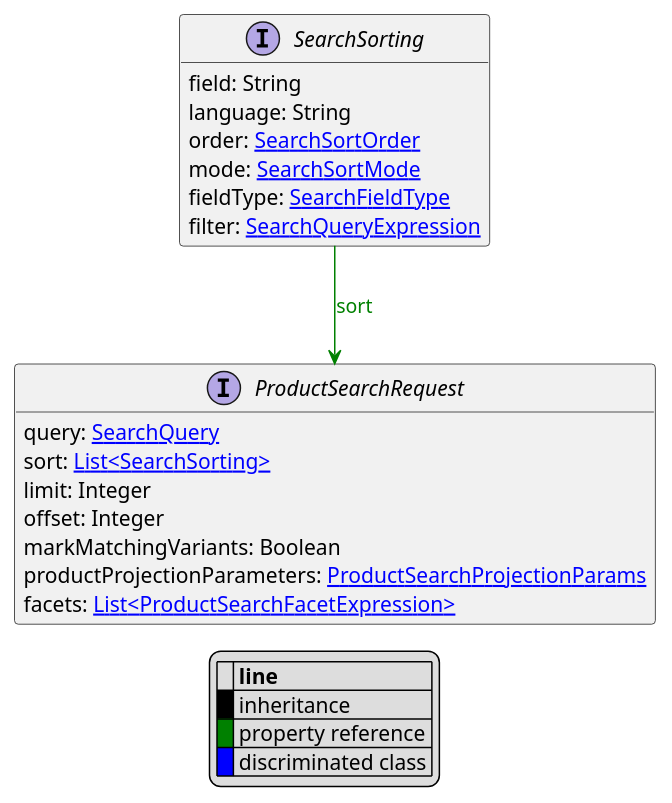
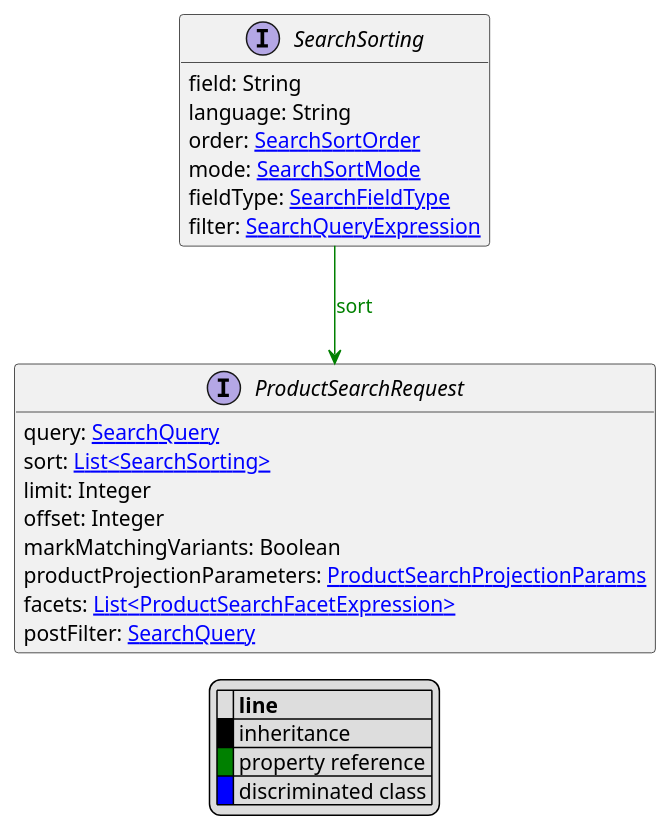
One commit to commercetools/commercetools-api-reference changed the diagram in uml/api/SearchSorting.puml. Above: the diagram before and after it, drawn with PlantUML. The commit also changed 10 other files, not shown here.

```diff
--- a/uml/api/SearchSorting.puml
+++ b/uml/api/SearchSorting.puml
@@ -1,33 +1,34 @@
 @startuml
 
 hide empty fields
 hide empty methods
 legend
 |= |= line |
 |<back:black>   </back>| inheritance |
 |<back:green>   </back>| property reference |
 |<back:blue>   </back>| discriminated class |
 endlegend
 interface SearchSorting [[SearchSorting.svg]]  {
     field: String
     language: String
     order: [[SearchSortOrder.svg SearchSortOrder]]
     mode: [[SearchSortMode.svg SearchSortMode]]
     fieldType: [[SearchFieldType.svg SearchFieldType]]
     filter: [[SearchQueryExpression.svg SearchQueryExpression]]
 }
 
 
 
 interface ProductSearchRequest [[ProductSearchRequest.svg]]  {
     query: [[SearchQuery.svg SearchQuery]]
     sort: [[SearchSorting.svg List<SearchSorting>]]
     limit: Integer
     offset: Integer
     markMatchingVariants: Boolean
     productProjectionParameters: [[ProductSearchProjectionParams.svg ProductSearchProjectionParams]]
     facets: [[ProductSearchFacetExpression.svg List<ProductSearchFacetExpression>]]
+    postFilter: [[SearchQuery.svg SearchQuery]]
 }
 
 SearchSorting --> ProductSearchRequest #green;text:green : "sort"
 @enduml
```
